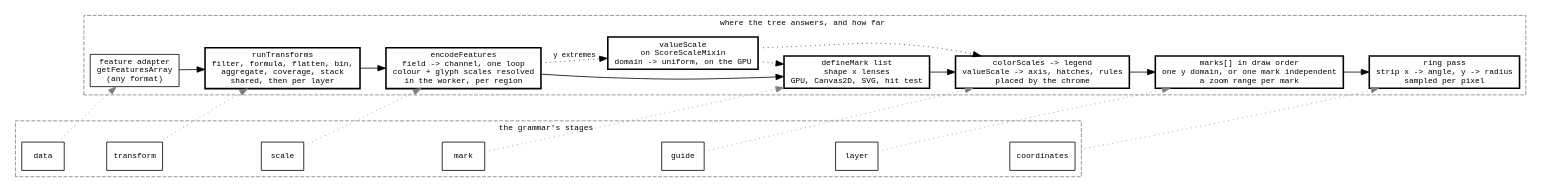
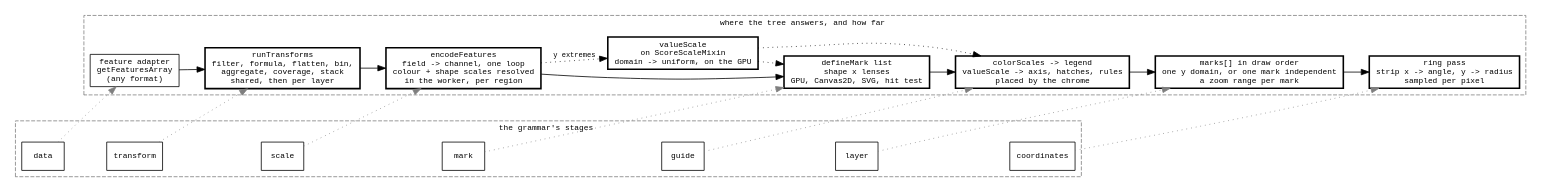
The diagram in agent-docs/reference/diagrams/grammar-pipeline.dot (GMOD/jbrowse-components), drawn with Graphviz before and after one commit. The commit also changed 30 other files, not shown here.

```diff
--- a/agent-docs/reference/diagrams/grammar-pipeline.dot
+++ b/agent-docs/reference/diagrams/grammar-pipeline.dot
@@ -1,45 +1,45 @@
 digraph grammar_pipeline {
   rankdir=LR
   nodesep=0.3
   ranksep=0.45
   node [shape=box fontname=monospace fontsize=10]
   edge [fontname=monospace fontsize=9]
 
   subgraph cluster_grammar {
     label="  the grammar's stages  "
     fontname=monospace fontsize=10 style=dashed color=gray50
     data [label="data"]
     transform [label="transform"]
     scale [label="scale"]
     mark [label="mark"]
     guide [label="guide"]
     layer [label="layer"]
     coord [label="coordinates"]
     data -> transform -> scale -> mark -> guide -> layer -> coord [style=invis]
   }
 
   subgraph cluster_tree {
     label="  where the tree answers, and how far  "
     fontname=monospace fontsize=10 style=dashed color=gray50
     adapter [label="feature adapter\ngetFeaturesArray\n(any format)"]
     filters [label="runTransforms\nfilter, formula, flatten, bin,\naggregate, coverage, stack\nshared, then per layer", style=bold]
-    encode [label="encodeFeatures\nfield -> channel, one loop\ncolour + glyph scales resolved\nin the worker, per region", style=bold]
+    encode [label="encodeFeatures\nfield -> channel, one loop\ncolour + shape scales resolved\nin the worker, per region", style=bold]
     valueScale [label="valueScale\non ScoreScaleMixin\ndomain -> uniform, on the GPU", style=bold]
     marks [label="defineMark list\nshape x lenses\nGPU, Canvas2D, SVG, hit test", style=bold]
     legend [label="colorScales -> legend\nvalueScale -> axis, hatches, rules\nplaced by the chrome", style=bold]
     layers [label="marks[] in draw order\none y domain, or one mark independent\na zoom range per mark", style=bold]
     genomic [label="ring pass\nstrip x -> angle, y -> radius\nsampled per pixel", style=bold]
     adapter -> filters -> encode -> marks -> legend -> layers -> genomic
     encode -> valueScale [style=dotted label="y extremes"]
     valueScale -> marks [style=dotted]
     valueScale -> legend [style=dotted]
   }
 
   data -> adapter [style=dotted color=gray50]
   transform -> filters [style=dotted color=gray50]
   scale -> encode [style=dotted color=gray50]
   mark -> marks [style=dotted color=gray50]
   guide -> legend [style=dotted color=gray50]
   layer -> layers [style=dotted color=gray50]
   coord -> genomic [style=dotted color=gray50]
 }
```
